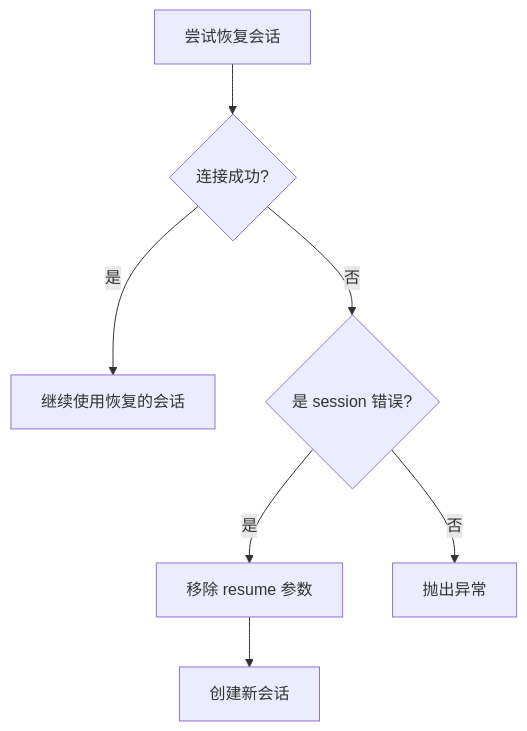
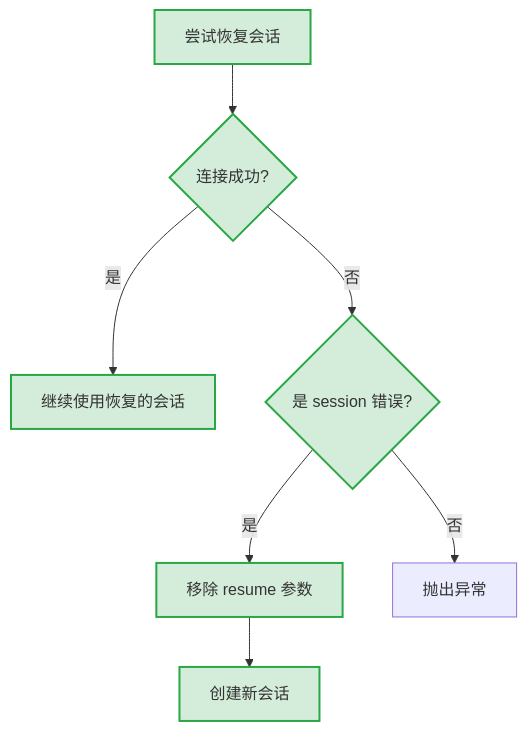
The eighth of 8 diagrams in docs/zh/features/task-restore.md (sunnights/Wegent), drawn with Mermaid before and after one commit. The commit also changed other lines of this file and 1 other file, not shown here.

First line of the commit message:
docs: highlight new features in Mermaid diagrams with green styling

````diff
--- a/docs/zh/features/task-restore.md
+++ b/docs/zh/features/task-restore.md
@@ -178,9 +208,11 @@
 ```mermaid
 flowchart TB
-    A[尝试恢复会话] --> B{连接成功?}
-    B -->|是| C[继续使用恢复的会话]
-    B -->|否| D{是 session 错误?}
-    D -->|是| E[移除 resume 参数]
-    E --> F[创建新会话]
+    A[尝试恢复会话]:::new --> B{连接成功?}:::new
+    B -->|是| C[继续使用恢复的会话]:::new
+    B -->|否| D{是 session 错误?}:::new
+    D -->|是| E[移除 resume 参数]:::new
+    E --> F[创建新会话]:::new
     D -->|否| G[抛出异常]
+
+    classDef new fill:#d4edda,stroke:#28a745,stroke-width:2px
 ```
````
